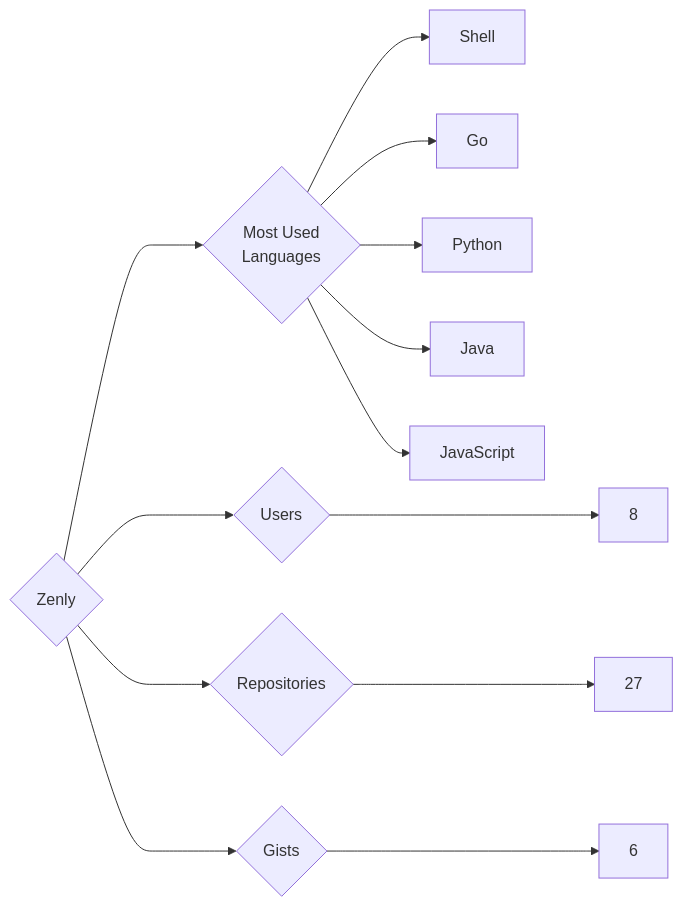
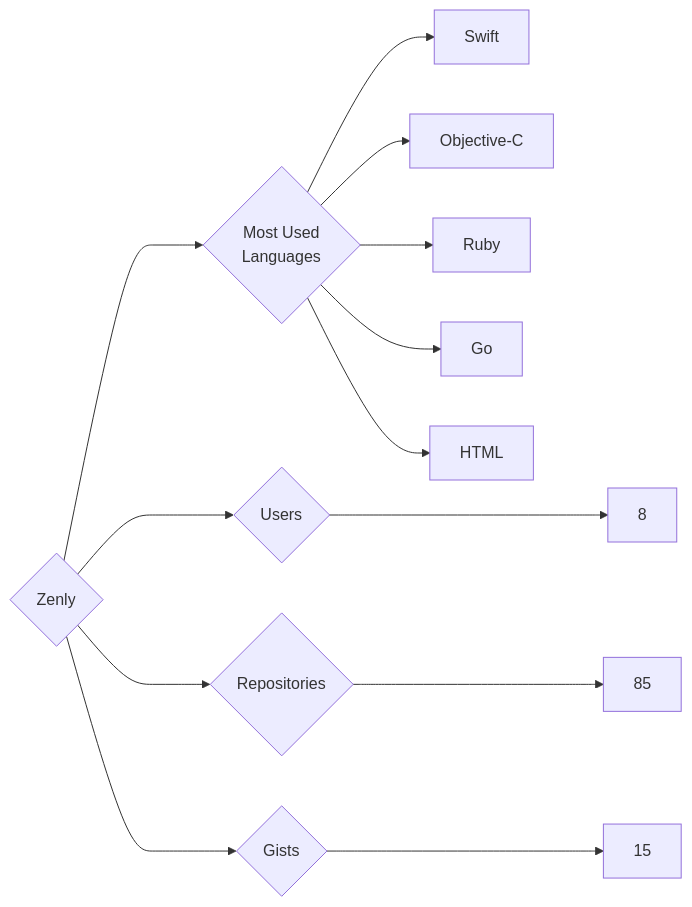
One commit to trickest/insiders changed the diagram in targets/Zenly/README.md. Above: the diagram before and after it, drawn with Mermaid. The commit also changed 972 other files, not shown here.

````diff
--- a/targets/Zenly/README.md
+++ b/targets/Zenly/README.md
@@ -3,13 +3,13 @@
 ```mermaid
 graph LR
 COMPANY_NAME{Zenly}
 COMPANY_NAME ---> U{Users} ---> UN[8]
-COMPANY_NAME ---> R{Repositories} ---> RN[27]
-COMPANY_NAME ---> G{Gists} ---> GN[6]
+COMPANY_NAME ---> R{Repositories} ---> RN[85]
+COMPANY_NAME ---> G{Gists} ---> GN[15]
 COMPANY_NAME ---> ML{Most Used<br>Languages}
-ML --> Shell[Shell]
+ML --> Swift[Swift]
+ML --> Objective-C[Objective-C]
+ML --> Ruby[Ruby]
 ML --> Go[Go]
-ML --> Python[Python]
-ML --> Java[Java]
-ML --> JavaScript[JavaScript]
+ML --> HTML[HTML]
 ```
````
